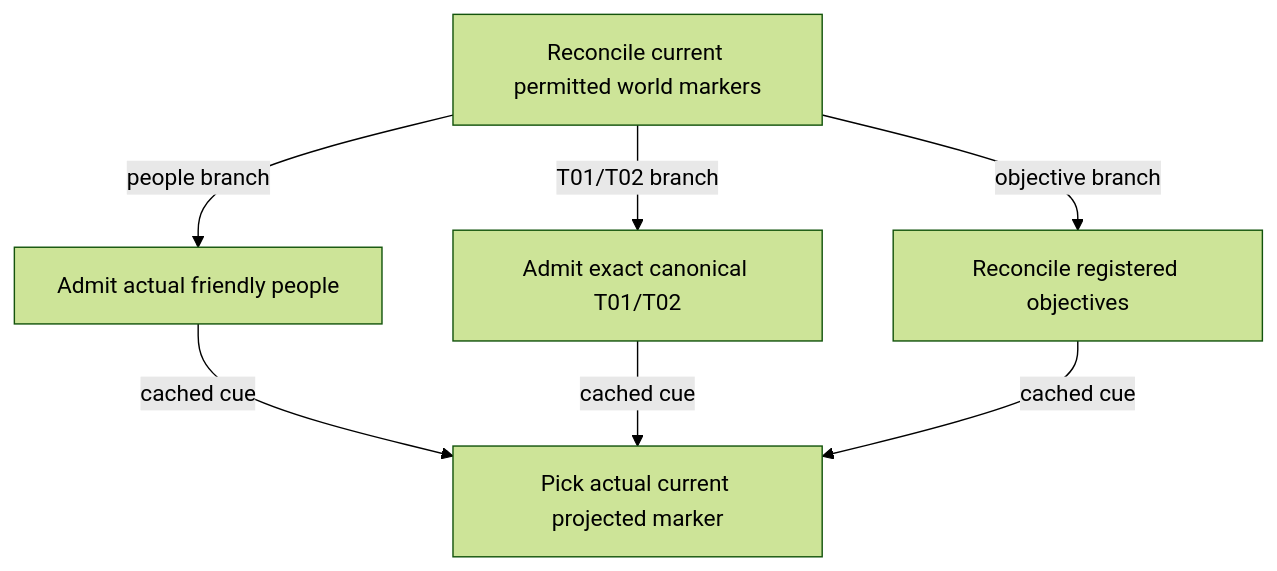
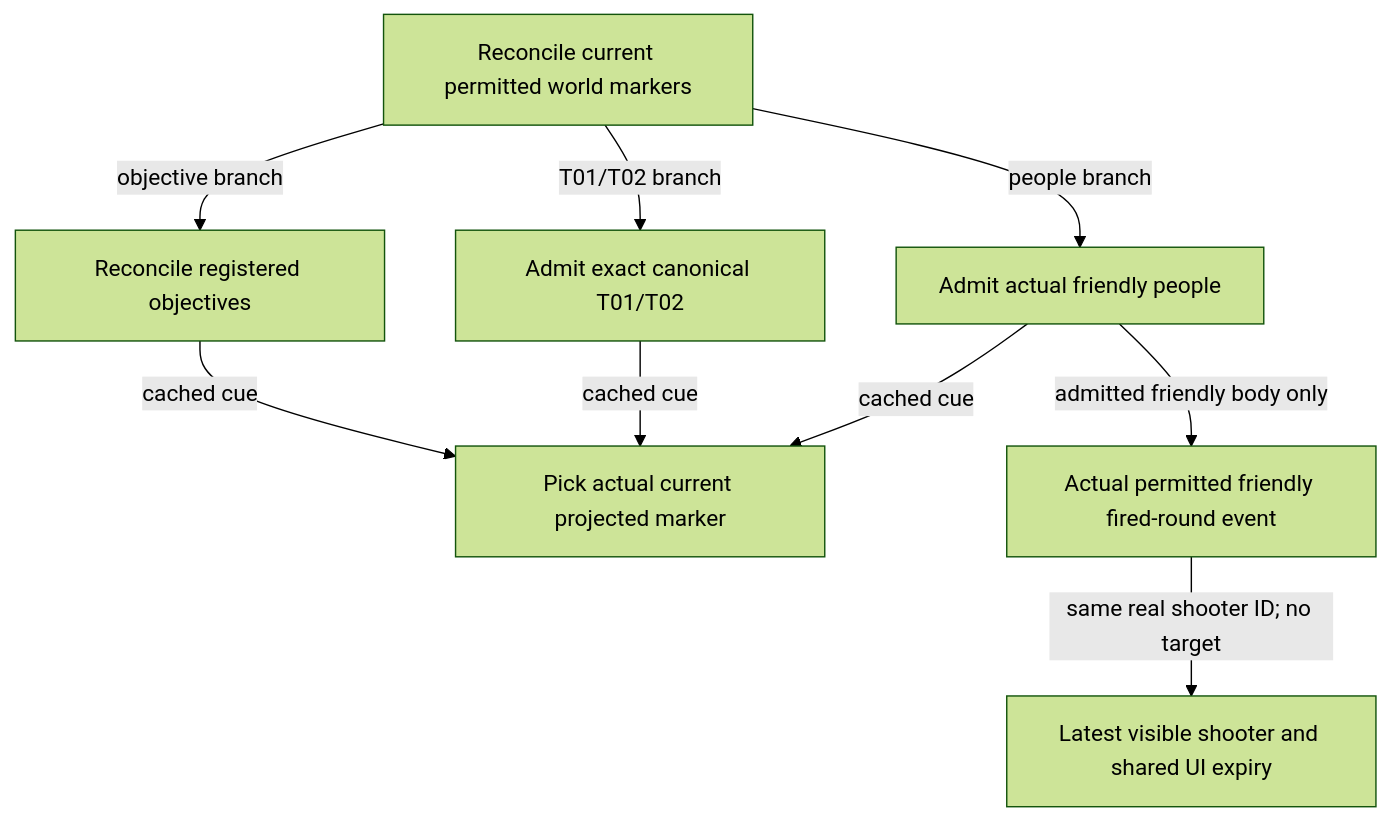
Before and after one commit to TheInfinityIQ/Trencho_V4: diagram 44 of 51 in docs/system_atlas.md, drawn with Mermaid (forest theme). The commit also changed other lines of this file and 7 other files, not shown here.

Commit message:
Record friendly firing cue evidence and maps

````diff
--- a/docs/system_atlas.md
+++ b/docs/system_atlas.md
@@ -1471,14 +1471,18 @@
 ```mermaid
 flowchart TD
     n0["Reconcile current permitted world markers"]
     n1["Admit actual friendly people"]
     n2["Admit exact canonical T01/T02"]
     n3["Reconcile registered objectives"]
     n4["Pick actual current projected marker"]
+    friendly_shot["Actual permitted friendly fired-round event"]
+    shot_cue["Latest visible shooter and shared UI expiry"]
     n0 -->|"people branch"| n1
     n0 -->|"T01/T02 branch"| n2
     n0 -->|"objective branch"| n3
     n1 -->|"cached cue"| n4
     n2 -->|"cached cue"| n4
     n3 -->|"cached cue"| n4
+    n1 -->|"admitted friendly body only"| friendly_shot
+    friendly_shot -->|"same real shooter ID; no target"| shot_cue
 ```
````
